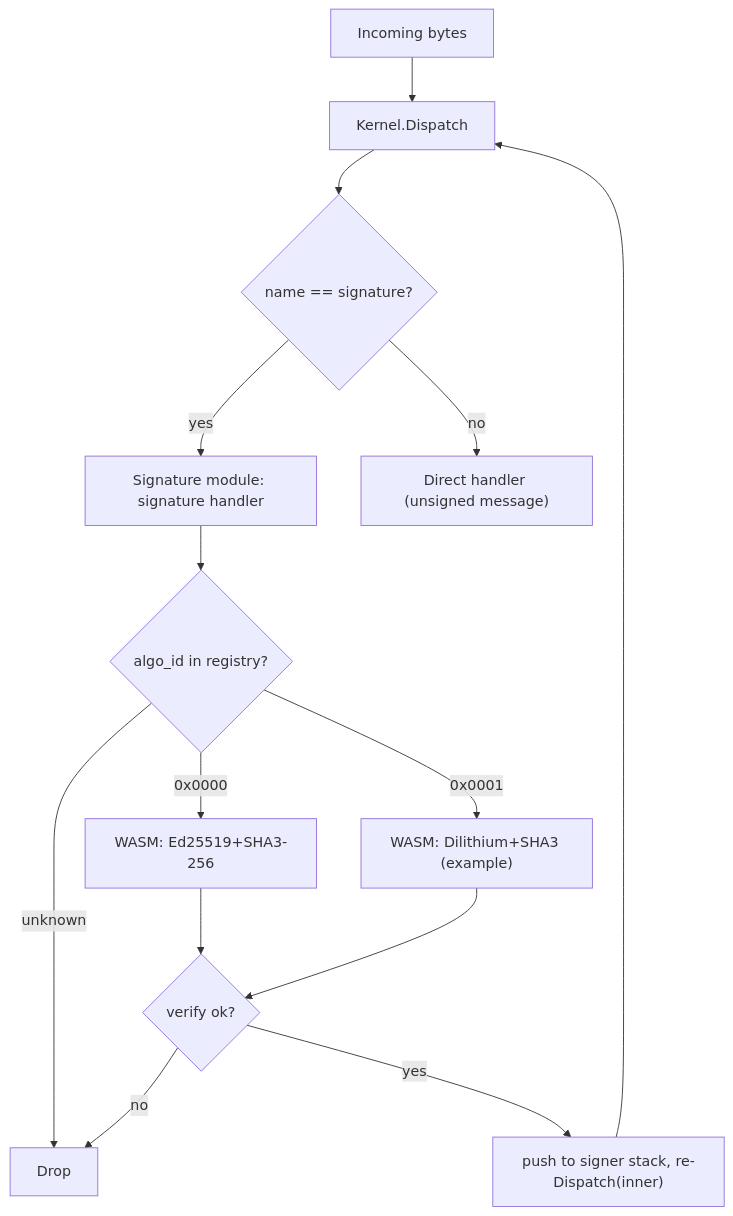
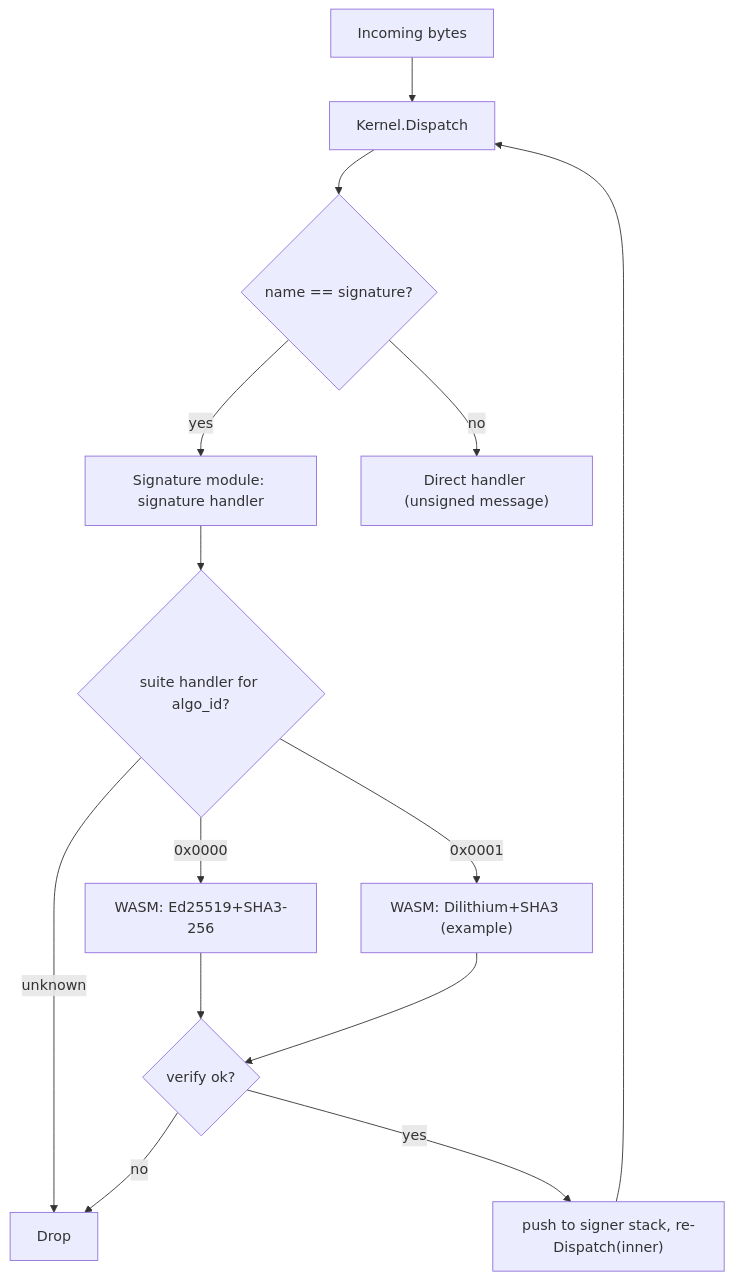
Before and after one commit to arj03/seedkernel: the second of 2 diagrams in README.md, drawn with Mermaid. The commit also changed other lines of this file, not shown here.

````diff
--- a/README.md
+++ b/README.md
@@ -360,16 +358,16 @@
 ```mermaid
 flowchart TD
     MSG["Incoming bytes"] --> KERNEL["Kernel.Dispatch"]
     KERNEL --> NAME{"name == signature?"}
     NAME -->|"yes"| WRAP["Signature module: signature handler"]
     NAME -->|"no"| INNER["Direct handler (unsigned message)"]
-    WRAP --> LOOKUP{"algo_id in registry?"}
+    WRAP --> LOOKUP{"suite handler for algo_id?"}
     LOOKUP -->|"0x0000"| NATIVE["WASM: Ed25519+SHA3-256"]
     LOOKUP -->|"0x0001"| WASM1["WASM: Dilithium+SHA3 (example)"]
     LOOKUP -->|"unknown"| DROP["Drop"]
     NATIVE --> VERIFY{"verify ok?"}
     WASM1 --> VERIFY
     VERIFY -->|"no"| DROP
     VERIFY -->|"yes"| REDISP["push to signer stack, re-Dispatch(inner)"]
     REDISP --> KERNEL
 ```
````
